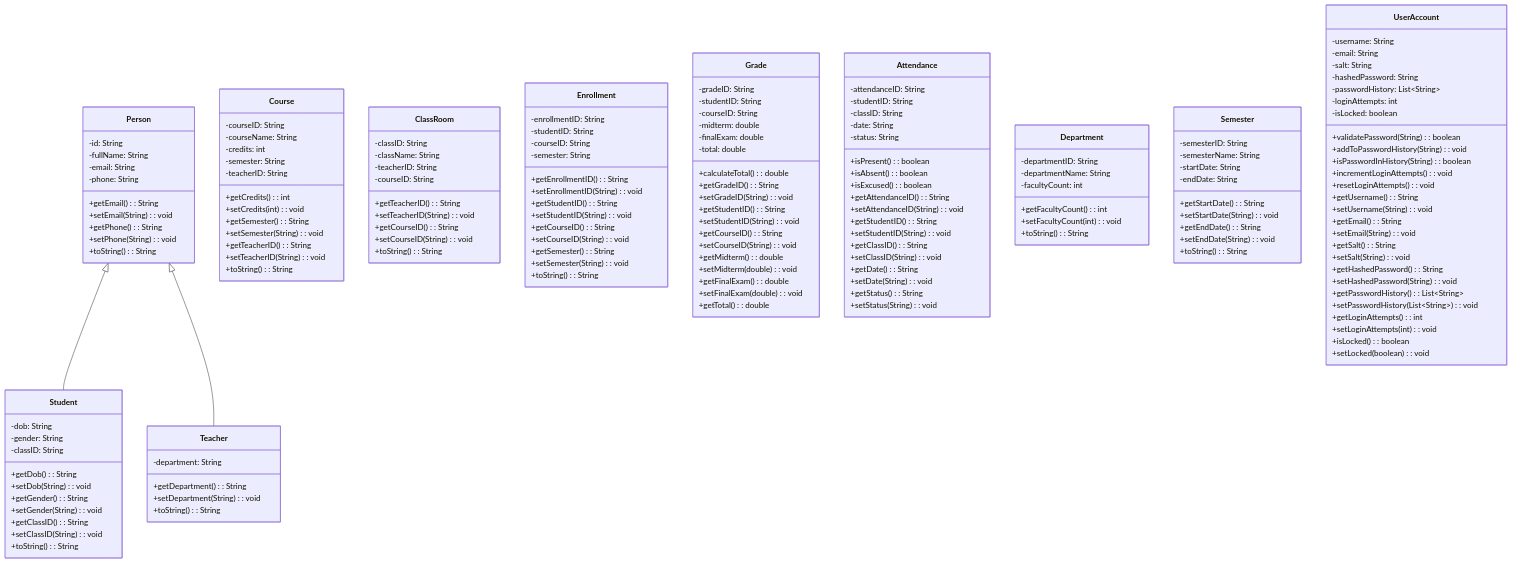
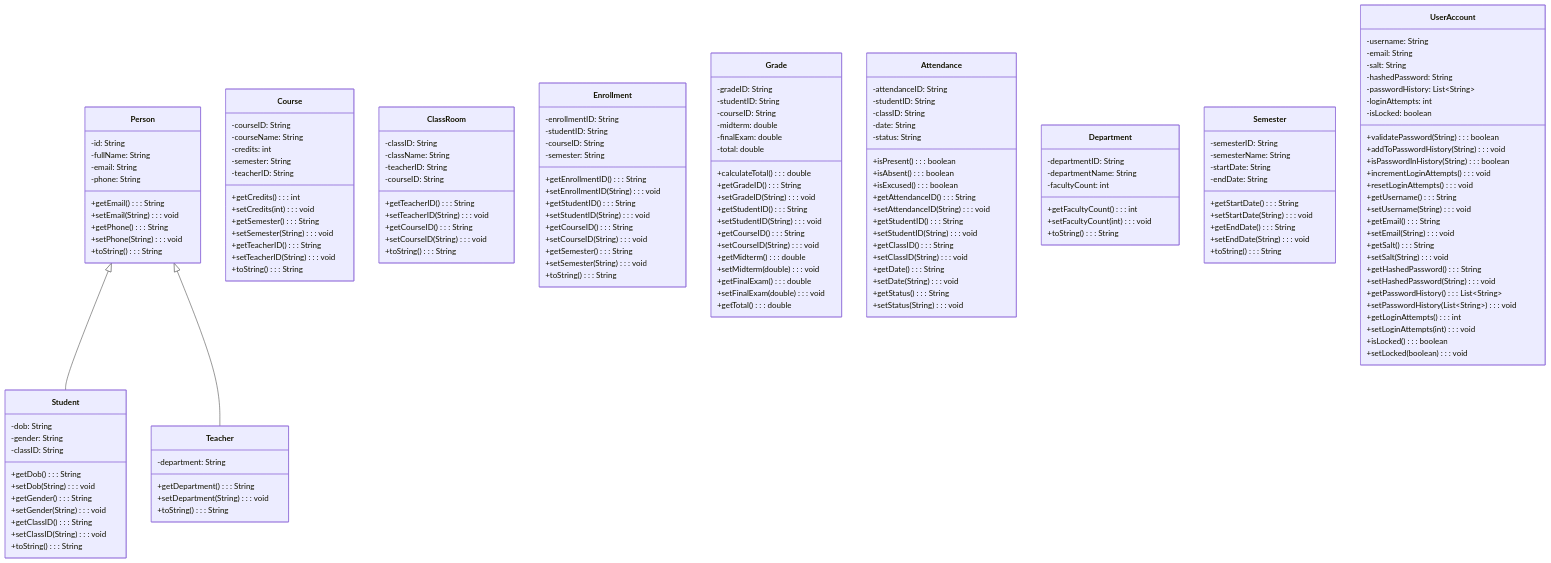
One commit to phucphuc2006/pro-192 changed the diagram in docs/ClassDiagrams/ClassDiagram.md. Above: the diagram before and after it, drawn with Mermaid.

Commit message:
Fix method formatting to use double colons as per requirement

````diff
--- a/docs/ClassDiagrams/ClassDiagram.md
+++ b/docs/ClassDiagrams/ClassDiagram.md
@@ -9,31 +9,31 @@
         -fullName: String
         -email: String
         -phone: String
-        +getEmail(): String
-        +setEmail(String): void
-        +getPhone(): String
-        +setPhone(String): void
-        +toString(): String
+        +getEmail() : : String
+        +setEmail(String) : : void
+        +getPhone() : : String
+        +setPhone(String) : : void
+        +toString() : : String
     }
 
     class Student {
         -dob: String
         -gender: String
         -classID: String
-        +getDob(): String
-        +setDob(String): void
-        +getGender(): String
-        +setGender(String): void
-        +getClassID(): String
-        +setClassID(String): void
-        +toString(): String
+        +getDob() : : String
+        +setDob(String) : : void
+        +getGender() : : String
+        +setGender(String) : : void
+        +getClassID() : : String
+        +setClassID(String) : : void
+        +toString() : : String
     }
 
     class Teacher {
         -department: String
-        +getDepartment(): String
-        +setDepartment(String): void
-        +toString(): String
+        +getDepartment() : : String
+        +setDepartment(String) : : void
+        +toString() : : String
     }
 
     Person <|-- Student
@@ -45,13 +45,13 @@
         -credits: int
         -semester: String
         -teacherID: String
-        +getCredits(): int
-        +setCredits(int): void
-        +getSemester(): String
-        +setSemester(String): void
-        +getTeacherID(): String
-        +setTeacherID(String): void
-        +toString(): String
+        +getCredits() : : int
+        +setCredits(int) : : void
+        +getSemester() : : String
+        +setSemester(String) : : void
+        +getTeacherID() : : String
+        +setTeacherID(String) : : void
+        +toString() : : String
     }
 
     class ClassRoom {
@@ -59,11 +59,11 @@
         -className: String
         -teacherID: String
         -courseID: String
-        +getTeacherID(): String
-        +setTeacherID(String): void
-        +getCourseID(): String
-        +setCourseID(String): void
-        +toString(): String
+        +getTeacherID() : : String
+        +setTeacherID(String) : : void
+        +getCourseID() : : String
+        +setCourseID(String) : : void
+        +toString() : : String
     }
 
     class Enrollment {
@@ -71,15 +71,15 @@
         -studentID: String
         -courseID: String
         -semester: String
-        +getEnrollmentID(): String
-        +setEnrollmentID(String): void
-        +getStudentID(): String
-        +setStudentID(String): void
-        +getCourseID(): String
-        +setCourseID(String): void
-        +getSemester(): String
-        +setSemester(String): void
-        +toString(): String
+        +getEnrollmentID() : : String
+        +setEnrollmentID(String) : : void
+        +getStudentID() : : String
+        +setStudentID(String) : : void
+        +getCourseID() : : String
+        +setCourseID(String) : : void
+        +getSemester() : : String
+        +setSemester(String) : : void
+        +toString() : : String
     }
 
     class Grade {
@@ -89,18 +89,18 @@
         -midterm: double
         -finalExam: double
         -total: double
-        +calculateTotal(): double
-        +getGradeID(): String
-        +setGradeID(String): void
-        +getStudentID(): String
-        +setStudentID(String): void
-        +getCourseID(): String
-        +setCourseID(String): void
-        +getMidterm(): double
-        +setMidterm(double): void
-        +getFinalExam(): double
-        +setFinalExam(double): void
-        +getTotal(): double
+        +calculateTotal() : : double
+        +getGradeID() : : String
+        +setGradeID(String) : : void
+        +getStudentID() : : String
+        +setStudentID(String) : : void
+        +getCourseID() : : String
+        +setCourseID(String) : : void
+        +getMidterm() : : double
+        +setMidterm(double) : : void
+        +getFinalExam() : : double
+        +setFinalExam(double) : : void
+        +getTotal() : : double
     }
 
     class Attendance {
@@ -109,28 +109,28 @@
         -classID: String
         -date: String
         -status: String
-        +isPresent(): boolean
-        +isAbsent(): boolean
-        +isExcused(): boolean
-        +getAttendanceID(): String
-        +setAttendanceID(String): void
-        +getStudentID(): String
-        +setStudentID(String): void
-        +getClassID(): String
-        +setClassID(String): void
-        +getDate(): String
-        +setDate(String): void
-        +getStatus(): String
-        +setStatus(String): void
+        +isPresent() : : boolean
+        +isAbsent() : : boolean
+        +isExcused() : : boolean
+        +getAttendanceID() : : String
+        +setAttendanceID(String) : : void
+        +getStudentID() : : String
+        +setStudentID(String) : : void
+        +getClassID() : : String
+        +setClassID(String) : : void
+        +getDate() : : String
+        +setDate(String) : : void
+        +getStatus() : : String
+        +setStatus(String) : : void
     }
 
     class Department {
         -departmentID: String
         -departmentName: String
         -facultyCount: int
-        +getFacultyCount(): int
-        +setFacultyCount(int): void
-        +toString(): String
+        +getFacultyCount() : : int
+        +setFacultyCount(int) : : void
+        +toString() : : String
     }
 
     class Semester {
@@ -138,11 +138,11 @@
         -semesterName: String
         -startDate: String
         -endDate: String
-        +getStartDate(): String
-        +setStartDate(String): void
-        +getEndDate(): String
-        +setEndDate(String): void
-        +toString(): String
+        +getStartDate() : : String
+        +setStartDate(String) : : void
+        +getEndDate() : : String
+        +setEndDate(String) : : void
+        +toString() : : String
     }
 
     class UserAccount {
@@ -153,24 +153,24 @@
         -passwordHistory: List~String~
         -loginAttempts: int
         -isLocked: boolean
-        +validatePassword(String): boolean
-        +addToPasswordHistory(String): void
-        +isPasswordInHistory(String): boolean
-        +incrementLoginAttempts(): void
-        +resetLoginAttempts(): void
-        +getUsername(): String
-        +setUsername(String): void
-        +getEmail(): String
-        +setEmail(String): void
-        +getSalt(): String
-        +setSalt(String): void
-        +getHashedPassword(): String
-        +setHashedPassword(String): void
-        +getPasswordHistory(): List~String~
-        +setPasswordHistory(List~String~): void
-        +getLoginAttempts(): int
-        +setLoginAttempts(int): void
-        +isLocked(): boolean
-        +setLocked(boolean): void
+        +validatePassword(String) : : boolean
+        +addToPasswordHistory(String) : : void
+        +isPasswordInHistory(String) : : boolean
+        +incrementLoginAttempts() : : void
+        +resetLoginAttempts() : : void
+        +getUsername() : : String
+        +setUsername(String) : : void
+        +getEmail() : : String
+        +setEmail(String) : : void
+        +getSalt() : : String
+        +setSalt(String) : : void
+        +getHashedPassword() : : String
+        +setHashedPassword(String) : : void
+        +getPasswordHistory() : : List~String~
+        +setPasswordHistory(List~String~) : : void
+        +getLoginAttempts() : : int
+        +setLoginAttempts(int) : : void
+        +isLocked() : : boolean
+        +setLocked(boolean) : : void
     }
 ```
````
